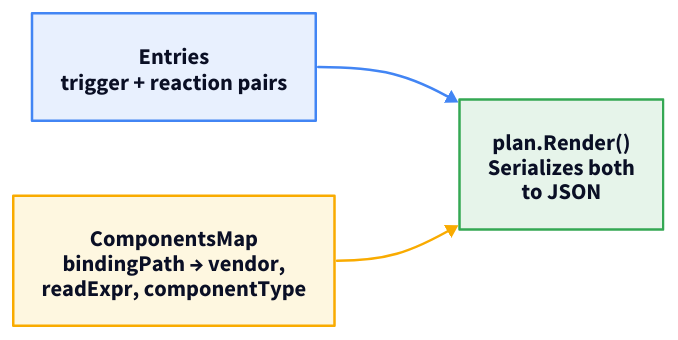
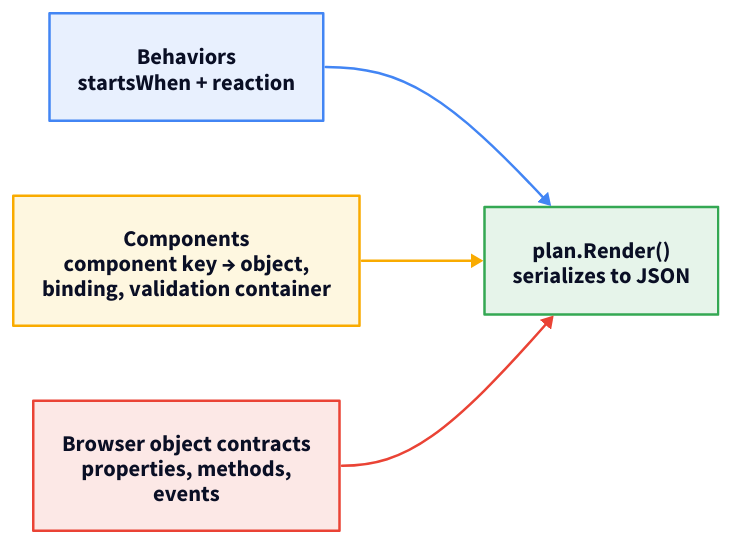
Before and after one commit to marafiq/alis-reactive: the second of 2 diagrams in docs-site/src/content/docs/architecture/descriptors-and-plan.mdx, drawn with D2. The commit also changed other lines of this file and 1 other file, not shown here.

Commit message:
docs: update plan contract vocabulary

````diff
--- a/docs-site/src/content/docs/architecture/descriptors-and-plan.mdx
+++ b/docs-site/src/content/docs/architecture/descriptors-and-plan.mdx
@@ -90,29 +84,38 @@
 ```d2
 direction: right
 
-entries: "Entries\ntrigger + reaction pairs" {
+behaviors: "Behaviors\nstartsWhen + reaction" {
   shape: rectangle
   style.fill: "#e8f0fe"
   style.stroke: "#4285f4"
   style.font-size: 18
 }
-components: "ComponentsMap\nbindingPath → vendor,\nreadExpr, componentType" {
+components: "Components\ncomponent key → object,\nbinding, validation container" {
   shape: rectangle
   style.fill: "#fef7e0"
   style.stroke: "#f9ab00"
   style.font-size: 18
 }
-render: "plan.Render()\nSerializes both\nto JSON" {
+types: "Browser object contracts\nproperties, methods,\nevents" {
+  shape: rectangle
+  style.fill: "#fce8e6"
+  style.stroke: "#ea4335"
+  style.font-size: 18
+}
+render: "plan.Render()\nserializes to JSON" {
   shape: rectangle
   style.fill: "#e6f4ea"
   style.stroke: "#34a853"
   style.font-size: 18
 }
 
-entries -> render {
+behaviors -> render {
   style.stroke: "#4285f4"
 }
 components -> render {
   style.stroke: "#f9ab00"
 }
+types -> render {
+  style.stroke: "#ea4335"
+}
 ```
````
